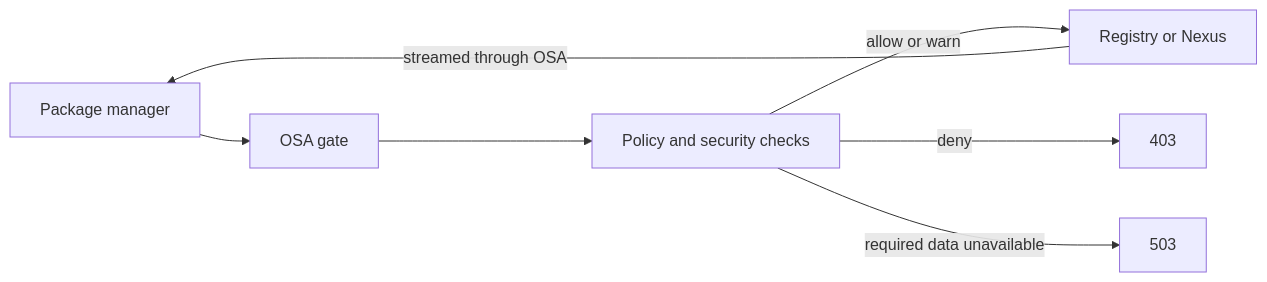
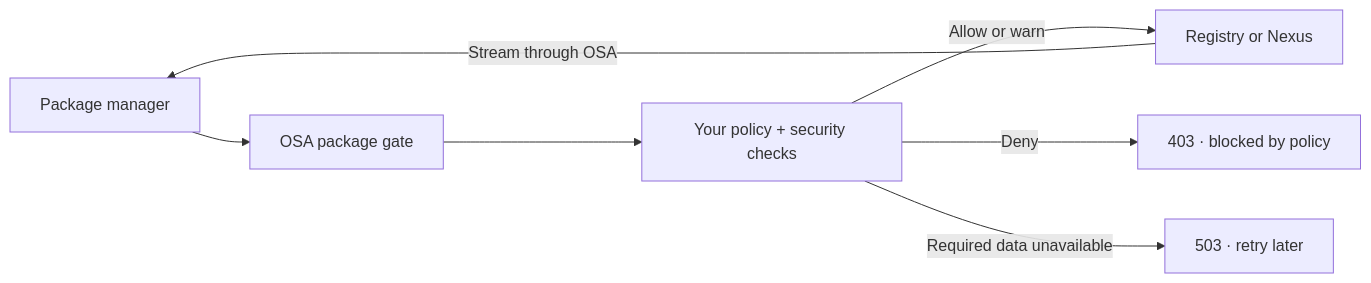
Before and after one commit to ShinigamiKiko/osa-hunter: the diagram in README.md, drawn with Mermaid. The commit also changed other lines of this file and 9 other files, not shown here.

First line of the commit message:
docs: bring back the README banner and illustrations, add an architecture diagram

````diff
--- a/README.md
+++ b/README.md
@@ -17,9 +38,9 @@
 ```mermaid
 flowchart LR
-    Client[Package manager] --> Gate[OSA gate]
-    Gate --> Policy[Policy and security checks]
-    Policy -->|allow or warn| Upstream[Registry or Nexus]
-    Upstream -->|streamed through OSA| Client
-    Policy -->|deny| Block[403]
-    Policy -->|required data unavailable| Retry[503]
+    Client[Package manager] --> Gate[OSA package gate]
+    Gate --> Policy[Your policy + security checks]
+    Policy -->|Allow or warn| Upstream[Registry or Nexus]
+    Upstream -->|Stream through OSA| Client
+    Policy -->|Deny| Block[403 · blocked by policy]
+    Policy -->|Required data unavailable| Retry[503 · retry later]
 ```
````
